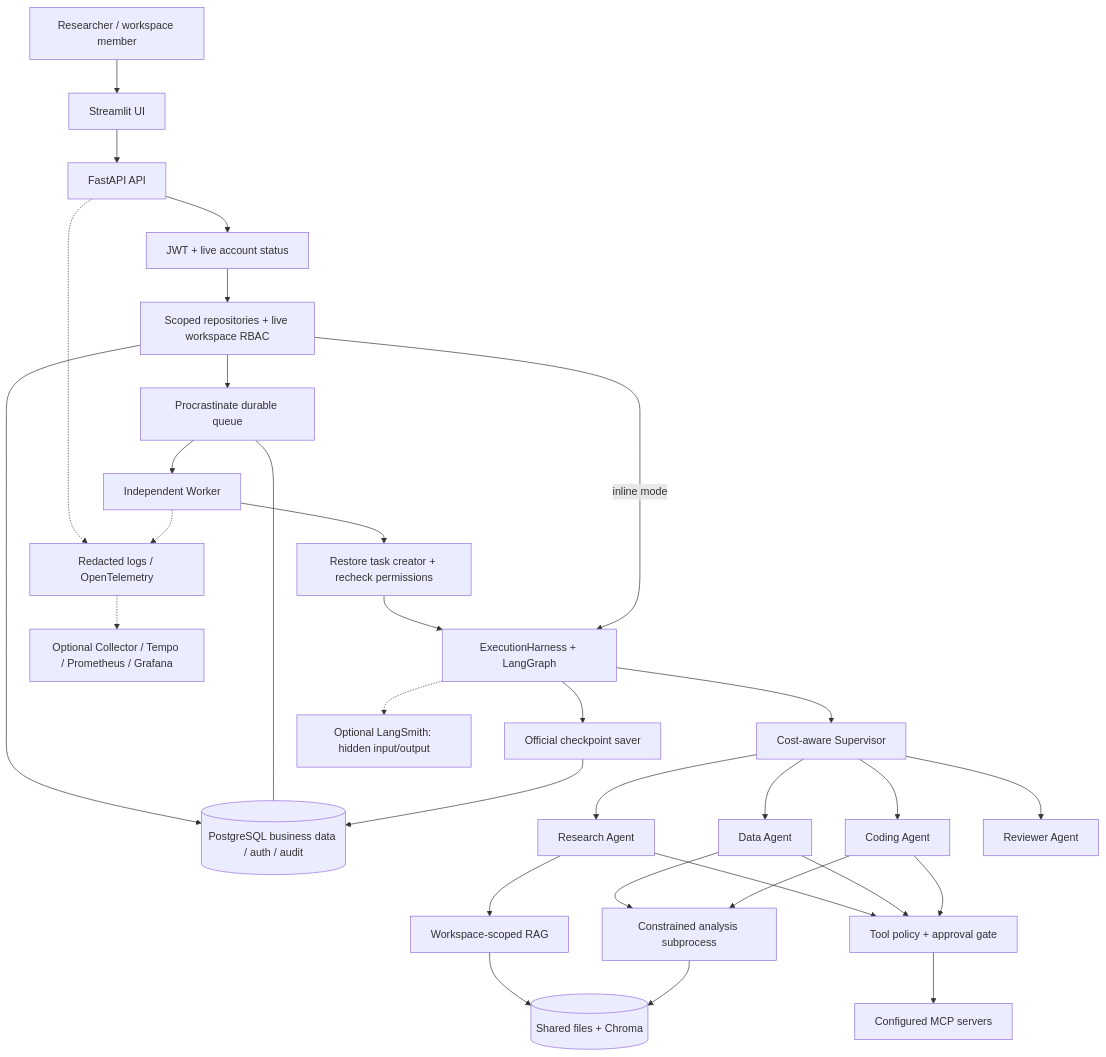
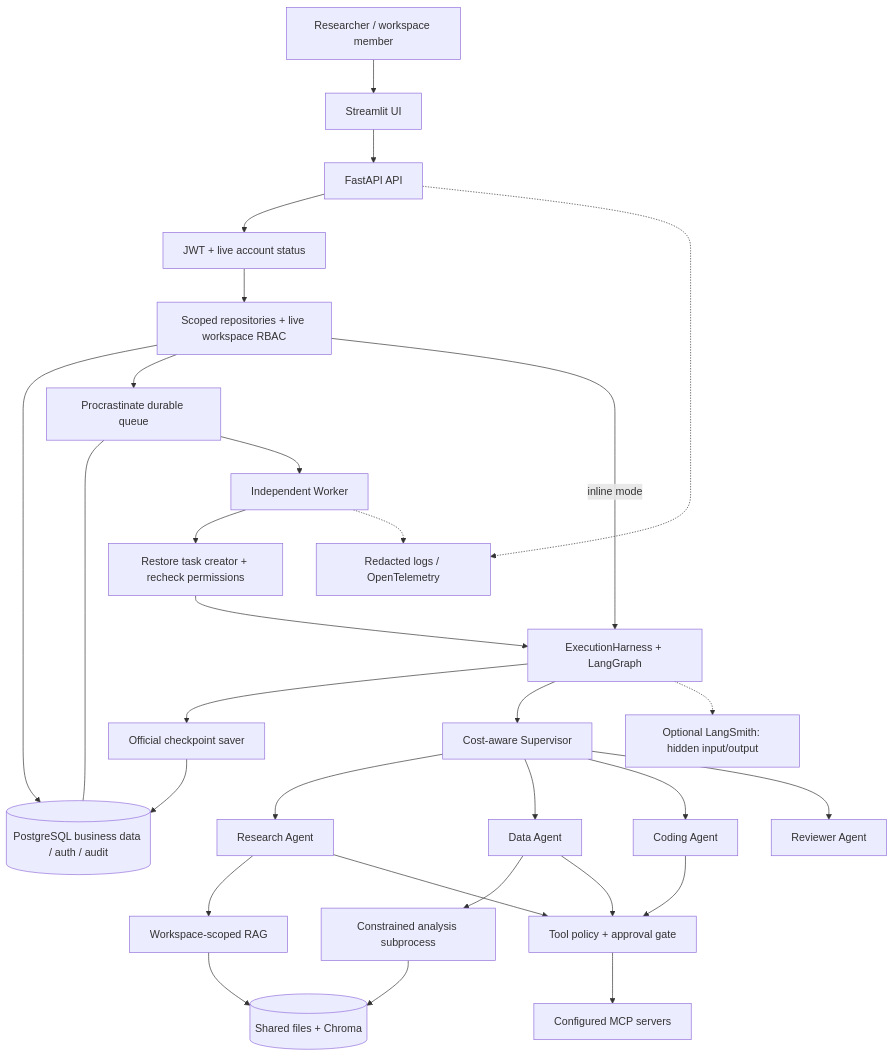
One commit to GoWUT/agentic-rag-studio changed the first of 4 diagrams in docs/ARCHITECTURE.md. Above: the diagram before and after it, drawn with Mermaid. The commit also changed other lines of this file and 79 other files, not shown here.

````diff
--- a/docs/ARCHITECTURE.md
+++ b/docs/ARCHITECTURE.md
@@ -11,34 +11,32 @@
 ```mermaid
 flowchart TB
     User[Researcher / workspace member] --> UI[Streamlit UI]
     UI --> API[FastAPI API]
     API --> Auth[JWT + live account status]
     Auth --> Scope[Scoped repositories + live workspace RBAC]
     Scope --> PG[(PostgreSQL business data / auth / audit)]
     Scope --> Queue[Procrastinate durable queue]
     Queue --- PG
     Queue --> Worker[Independent Worker]
     Worker --> Actor[Restore task creator + recheck permissions]
     Actor --> Runtime[ExecutionHarness + LangGraph]
     Scope -->|inline mode| Runtime
     Runtime --> Saver[Official checkpoint saver]
     Saver --> PG
     Runtime --> Supervisor[Cost-aware Supervisor]
     Supervisor --> Research[Research Agent]
     Supervisor --> Data[Data Agent]
     Supervisor --> Coding[Coding Agent]
     Supervisor --> Reviewer[Reviewer Agent]
     Research --> Retrieval[Workspace-scoped RAG]
     Data --> Analysis[Constrained analysis subprocess]
-    Coding --> Analysis
     Research --> Tools[Tool policy + approval gate]
     Data --> Tools
     Coding --> Tools
     Tools --> MCP[Configured MCP servers]
     Retrieval --> Files[(Shared files + Chroma)]
     Analysis --> Files
     API -.-> Telemetry[Redacted logs / OpenTelemetry]
     Worker -.-> Telemetry
     Runtime -.-> LangSmith[Optional LangSmith: hidden input/output]
-    Telemetry -.-> Collector[Optional Collector / Tempo / Prometheus / Grafana]
 ```
````
